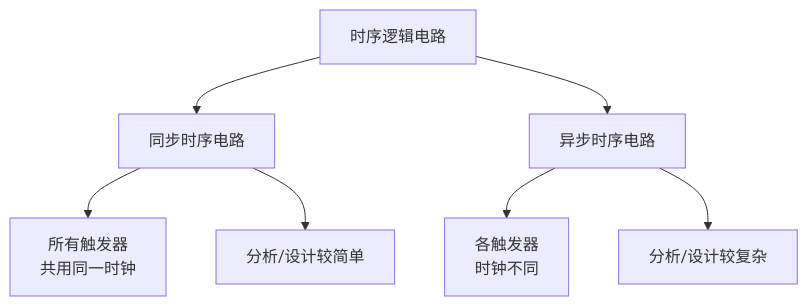
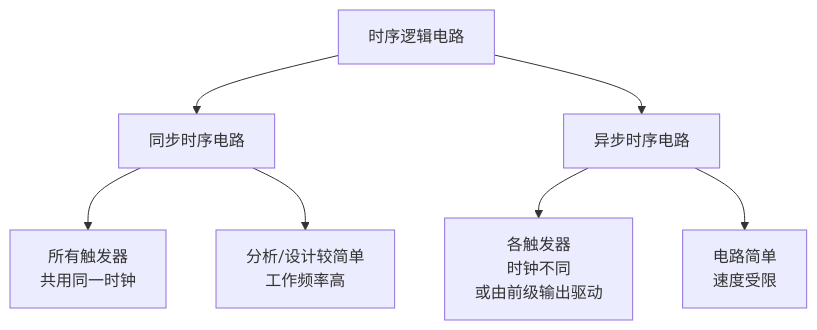
Before and after one commit to Ling-cn111/study-notes-2026: the second of 18 diagrams in 数电/第六章：时序逻辑电路.md, drawn with Mermaid. The commit also changed other lines of this file and 2 other files, not shown here.

````diff
--- a/数电/第六章：时序逻辑电路.md
+++ b/数电/第六章：时序逻辑电路.md
@@ -21,9 +58,9 @@
 ```mermaid
 flowchart TD
     A[时序逻辑电路] --> B[同步时序电路]
     A --> C[异步时序电路]
     B --> D[所有触发器<br/>共用同一时钟]
-    C --> E[各触发器<br/>时钟不同]
-    B --> F[分析/设计较简单]
-    C --> G[分析/设计较复杂]
+    C --> E[各触发器<br/>时钟不同<br/>或由前级输出驱动]
+    B --> F[分析/设计较简单<br/>工作频率高]
+    C --> G[电路简单<br/>速度受限]
 ```
````
